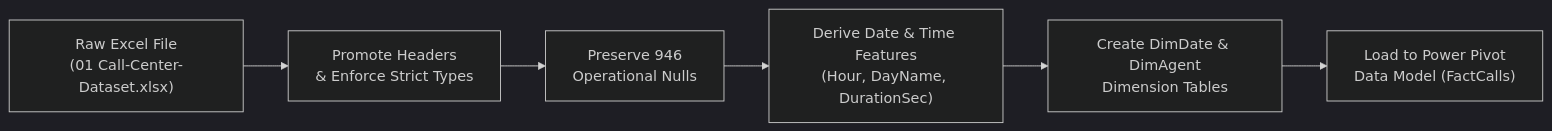
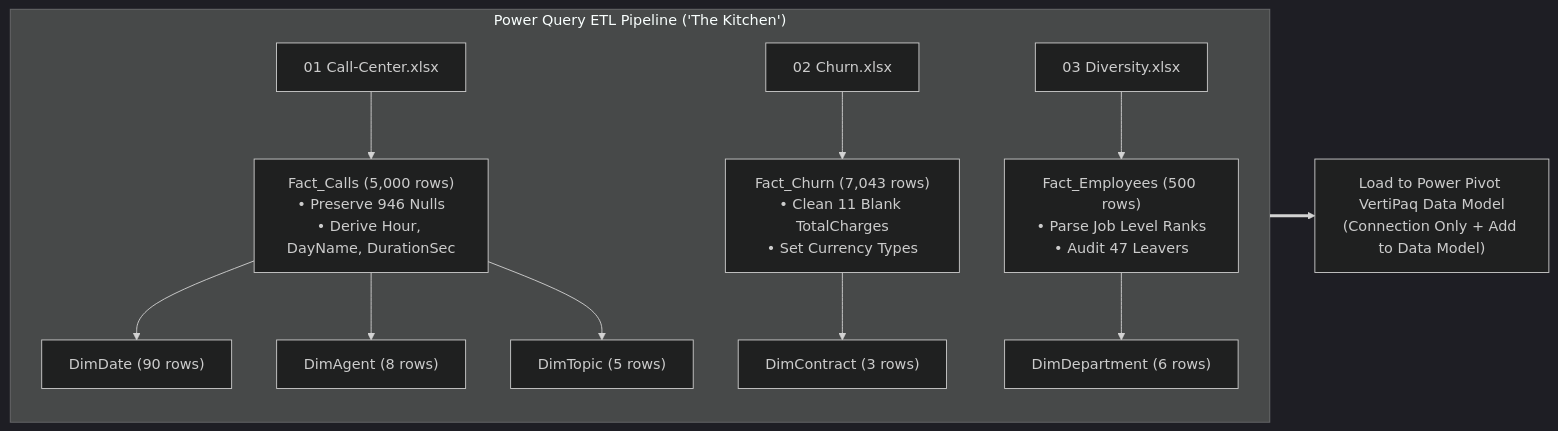
One commit to Sohila-Khaled-Abbas/COURSE-EXCEL-ZERO-TO-HERO changed the second of 3 diagrams in 06_Projects/Call Center Performance Analysis/Master Project Guidance Manual.md. Above: the diagram before and after it, drawn with Mermaid (dark theme). The commit also changed other lines of this file and 11 other files, not shown here.

Commit message:
feat(pwc-capstone): integrate full 3-dataset Galaxy Schema into project documentation suite

````diff
--- a/06_Projects/Call Center Performance Analysis/Master Project Guidance Manual.md
+++ b/06_Projects/Call Center Performance Analysis/Master Project Guidance Manual.md
@@ -159,8 +143,18 @@
 ```mermaid
 flowchart LR
-    SRC["Raw Excel File\n(01 Call-Center-Dataset.xlsx)"] --> T1["Promote Headers\n& Enforce Strict Types"]
-    T1 --> T2["Preserve 946\nOperational Nulls"]
-    T2 --> T3["Derive Date & Time Features\n(Hour, DayName, DurationSec)"]
-    T3 --> T4["Create DimDate & DimAgent\nDimension Tables"]
-    T4 --> DM["Load to Power Pivot\nData Model (FactCalls)"]
+    subgraph Kitchen ["Power Query ETL Pipeline ('The Kitchen')"]
+        direction TB
+        F1["01 Call-Center.xlsx"] --> ETL1["Fact_Calls (5,000 rows)\n• Preserve 946 Nulls\n• Derive Hour, DayName, DurationSec"]
+        ETL1 --> D1["DimDate (90 rows)"]
+        ETL1 --> D2["DimAgent (8 rows)"]
+        ETL1 --> D3["DimTopic (5 rows)"]
+
+        F2["02 Churn.xlsx"] --> ETL2["Fact_Churn (7,043 rows)\n• Clean 11 Blank TotalCharges\n• Set Currency Types"]
+        ETL2 --> D4["DimContract (3 rows)"]
+
+        F3["03 Diversity.xlsx"] --> ETL3["Fact_Employees (500 rows)\n• Parse Job Level Ranks\n• Audit 47 Leavers"]
+        ETL3 --> D5["DimDepartment (6 rows)"]
+    end
+
+    Kitchen ==> VertiPaq["Load to Power Pivot VertiPaq Data Model\n(Connection Only + Add to Data Model)"]
 ```
````
